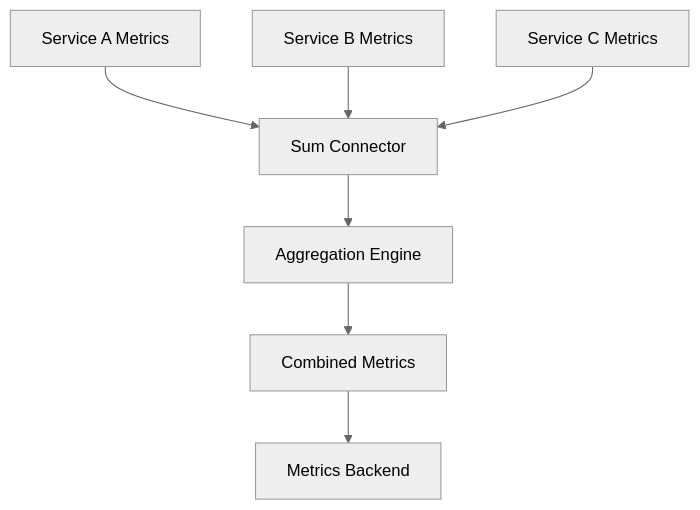
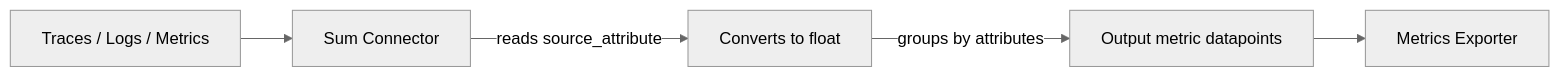
Before and after one commit to OneUptime/blog: the diagram in posts/2026-02-06-sum-connector-opentelemetry-collector/README.md, drawn with Mermaid (neutral theme). The commit also changed other lines of this file, not shown here.

First line of the commit message:
fix: correct sum connector config in post (#130)

````diff
--- a/posts/2026-02-06-sum-connector-opentelemetry-collector/README.md
+++ b/posts/2026-02-06-sum-connector-opentelemetry-collector/README.md
@@ -70,9 +81,7 @@
 ```mermaid
-graph TB
-    A[Service A Metrics] --> D[Sum Connector]
-    B[Service B Metrics] --> D
-    C[Service C Metrics] --> D
-    D --> E[Aggregation Engine]
-    E --> F[Combined Metrics]
-    F --> G[Metrics Backend]
+graph LR
+    A[Traces / Logs / Metrics] --> B[Sum Connector]
+    B -- reads source_attribute --> C[Converts to float]
+    C -- groups by attributes --> D[Output metric datapoints]
+    D --> E[Metrics Exporter]
 ```
````
